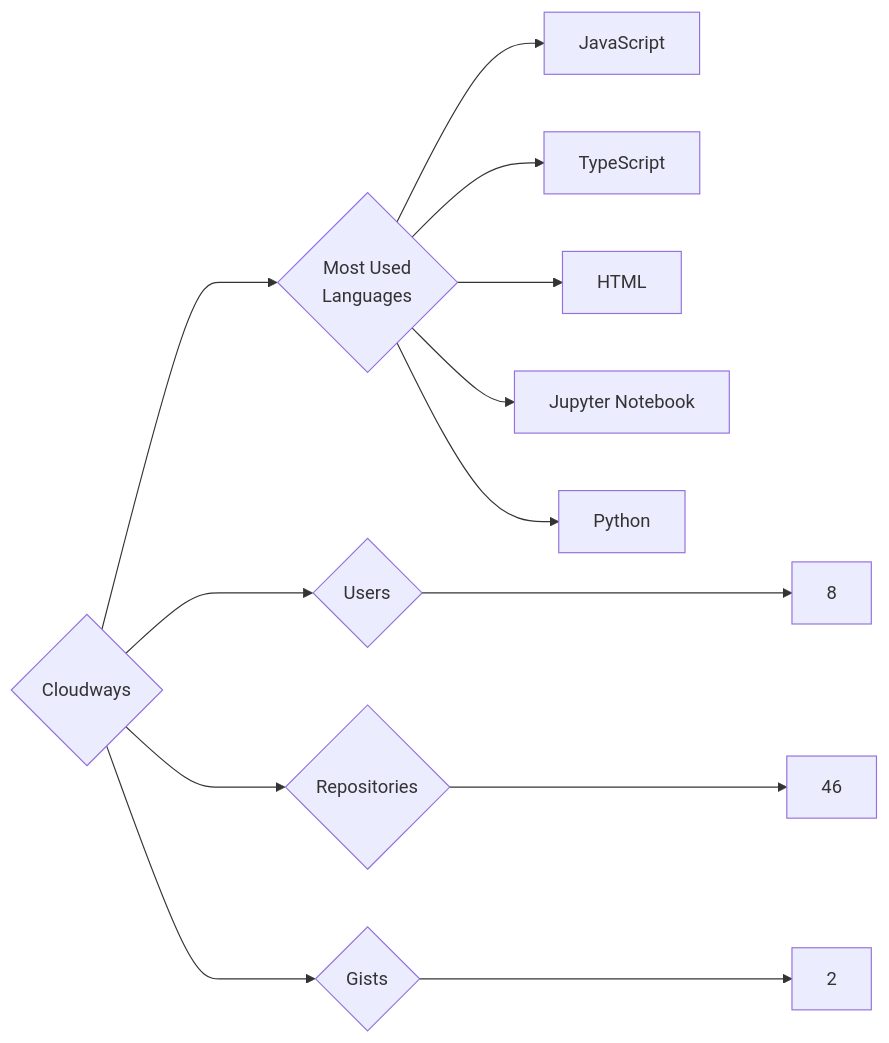
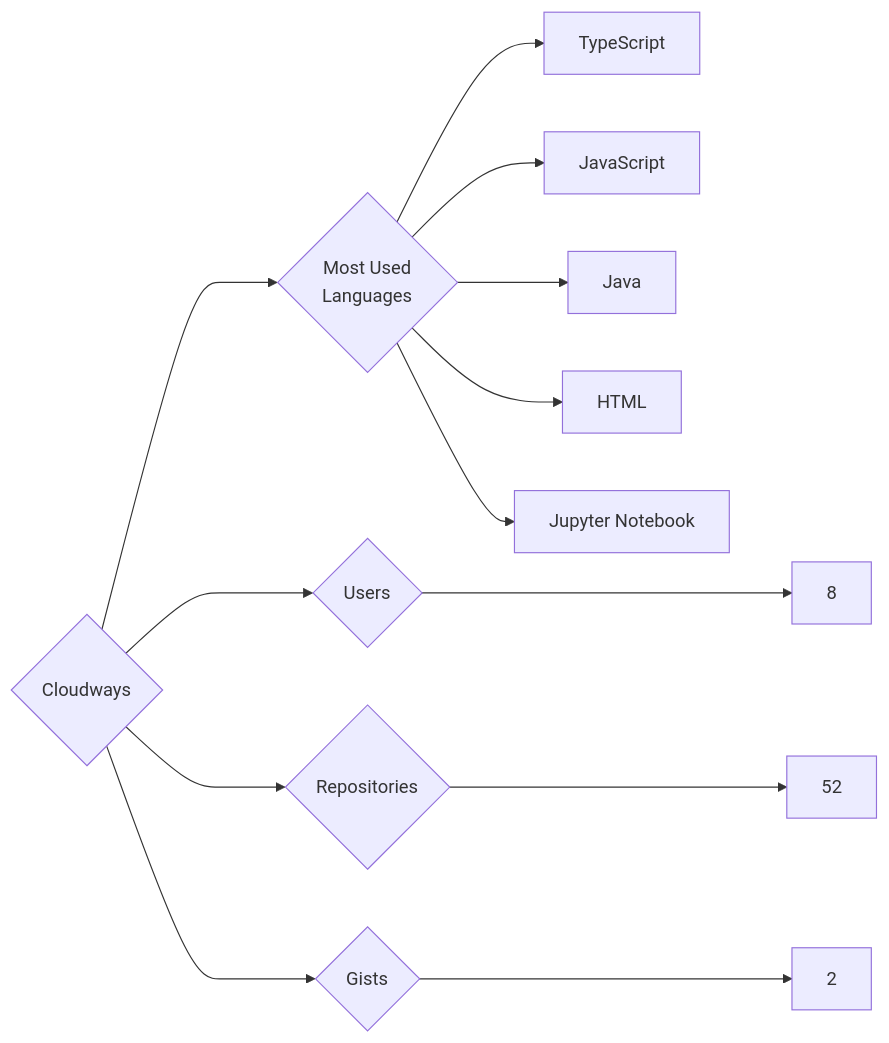
The diagram in targets/Cloudways/README.md (trickest/insiders), drawn with Mermaid before and after one commit. The commit also changed 872 other files, not shown here.

````diff
--- a/targets/Cloudways/README.md
+++ b/targets/Cloudways/README.md
@@ -3,13 +3,13 @@
 ```mermaid
 graph LR
 COMPANY_NAME{Cloudways}
 COMPANY_NAME ---> U{Users} ---> UN[8]
-COMPANY_NAME ---> R{Repositories} ---> RN[46]
+COMPANY_NAME ---> R{Repositories} ---> RN[52]
 COMPANY_NAME ---> G{Gists} ---> GN[2]
 COMPANY_NAME ---> ML{Most Used<br>Languages}
+ML --> TypeScript[TypeScript]
 ML --> JavaScript[JavaScript]
-ML --> TypeScript[TypeScript]
+ML --> Java[Java]
 ML --> HTML[HTML]
 ML --> Jupyter_Notebook[Jupyter Notebook]
-ML --> Python[Python]
 ```
````
